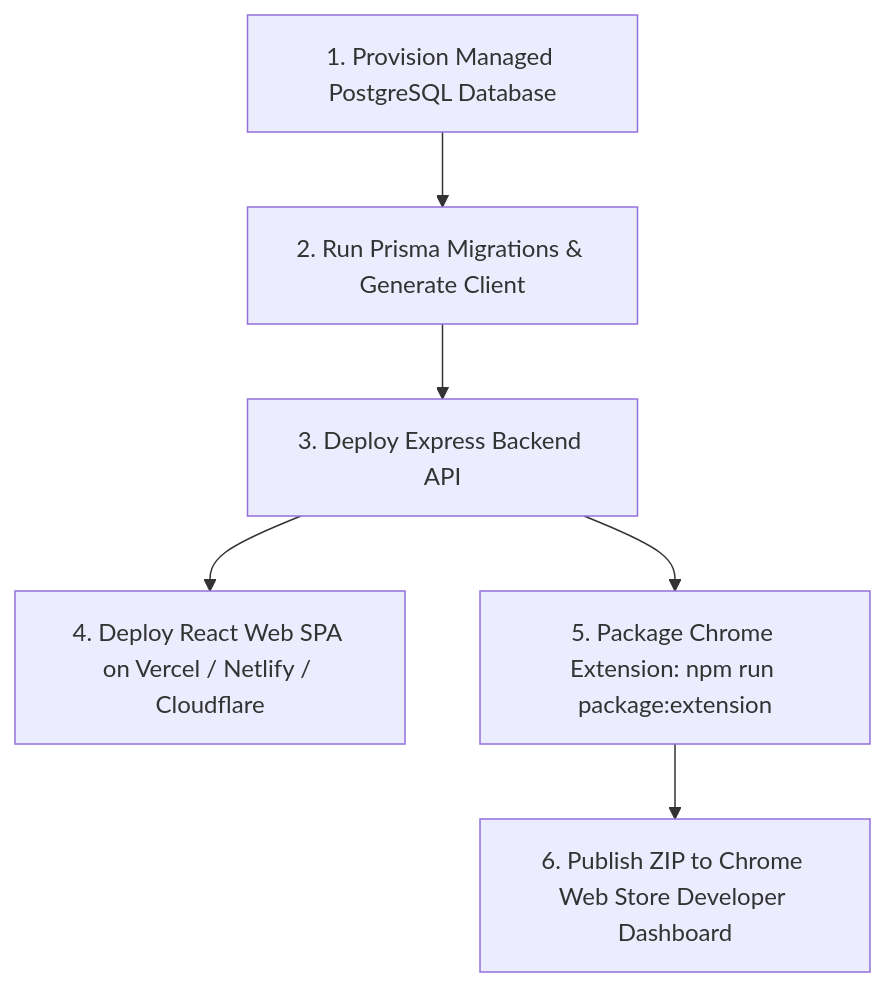
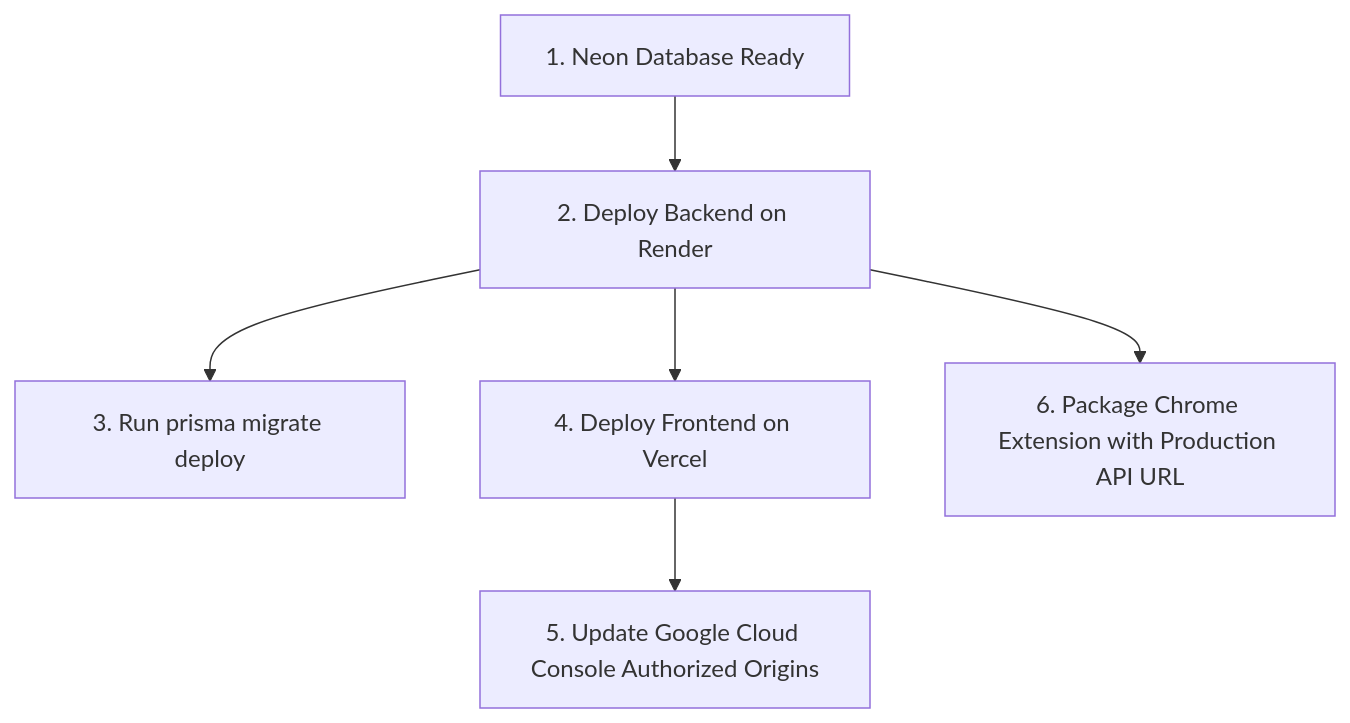
The diagram in PRODUCTION_DEPLOYMENT.md (Abhinavm055/Talvyn), drawn with Mermaid before and after one commit. The commit also changed other lines of this file and 8 other files, not shown here.

Commit message:
Prepare Talvyn for Render and Vercel deployment

````diff
--- a/PRODUCTION_DEPLOYMENT.md
+++ b/PRODUCTION_DEPLOYMENT.md
@@ -94,8 +42,8 @@
 ```mermaid
 flowchart TD
-    A[1. Provision Managed PostgreSQL Database] --> B[2. Run Prisma Migrations & Generate Client]
-    B --> C[3. Deploy Express Backend API]
-    C --> D[4. Deploy React Web SPA on Vercel / Netlify / Cloudflare]
-    C --> E[5. Package Chrome Extension: npm run package:extension]
-    E --> F[6. Publish ZIP to Chrome Web Store Developer Dashboard]
+    A[1. Neon Database Ready] --> B[2. Deploy Backend on Render]
+    B --> C[3. Run prisma migrate deploy]
+    B --> D[4. Deploy Frontend on Vercel]
+    D --> E[5. Update Google Cloud Console Authorized Origins]
+    B --> F[6. Package Chrome Extension with Production API URL]
 ```
````
